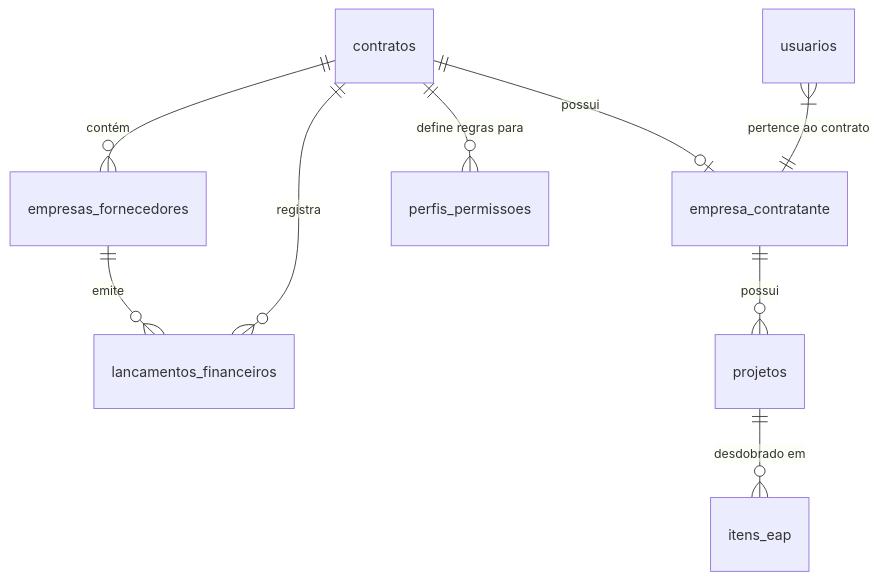
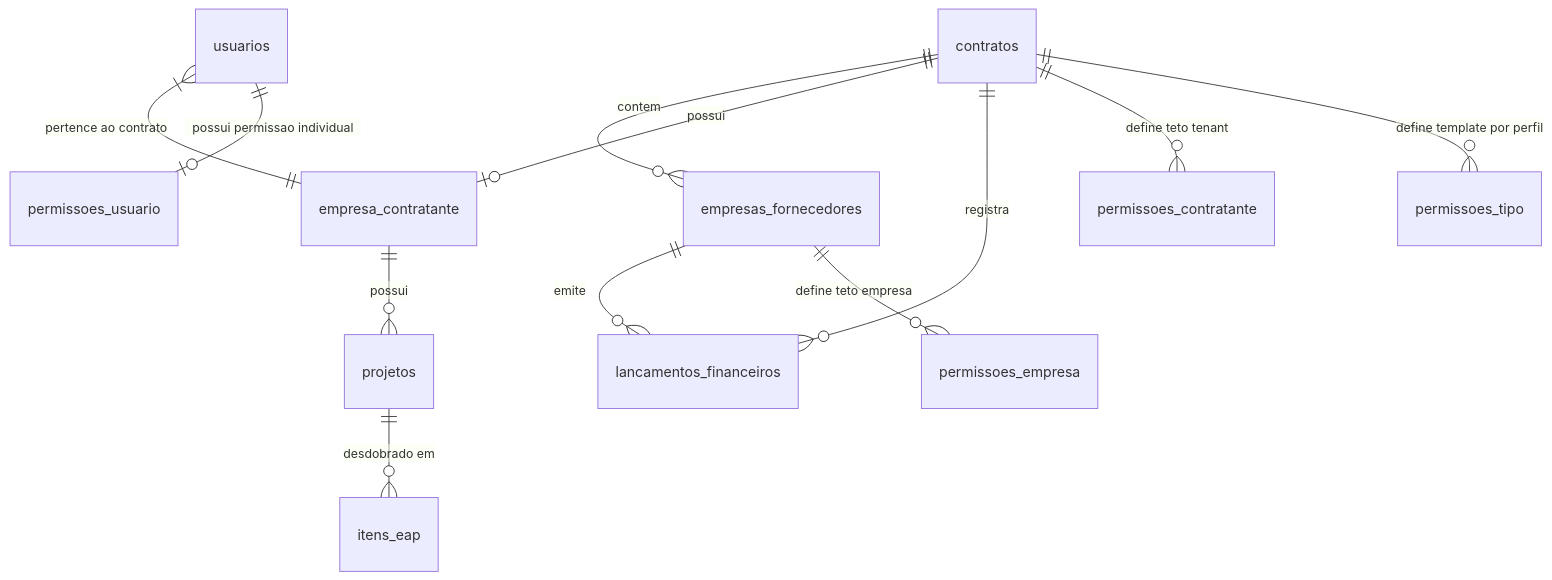
One commit to sagacitassistemas-sudo/gestor-de-obras changed the second of 2 diagrams in .specs/especificacao_sistema.md. Above: the diagram before and after it, drawn with Mermaid. The commit also changed other lines of this file and 8 other files, not shown here.

````diff
--- a/.specs/especificacao_sistema.md
+++ b/.specs/especificacao_sistema.md
@@ -53,11 +120,14 @@
 ```mermaid
 erDiagram
     usuarios }|--|| empresa_contratante : "pertence ao contrato"
-    contratos ||--o{ empresas_fornecedores : "contém"
+    usuarios ||--o| permissoes_usuario : "possui permissao individual"
+    contratos ||--o{ empresas_fornecedores : "contem"
     contratos ||--o| empresa_contratante : "possui"
     contratos ||--o{ lancamentos_financeiros : "registra"
     empresas_fornecedores ||--o{ lancamentos_financeiros : "emite"
-    contratos ||--o{ perfis_permissoes : "define regras para"
+    contratos ||--o{ permissoes_contratante : "define teto tenant"
+    contratos ||--o{ permissoes_tipo : "define template por perfil"
+    empresas_fornecedores ||--o{ permissoes_empresa : "define teto empresa"
     empresa_contratante ||--o{ projetos : "possui"
     projetos ||--o{ itens_eap : "desdobrado em"
 ```
````
